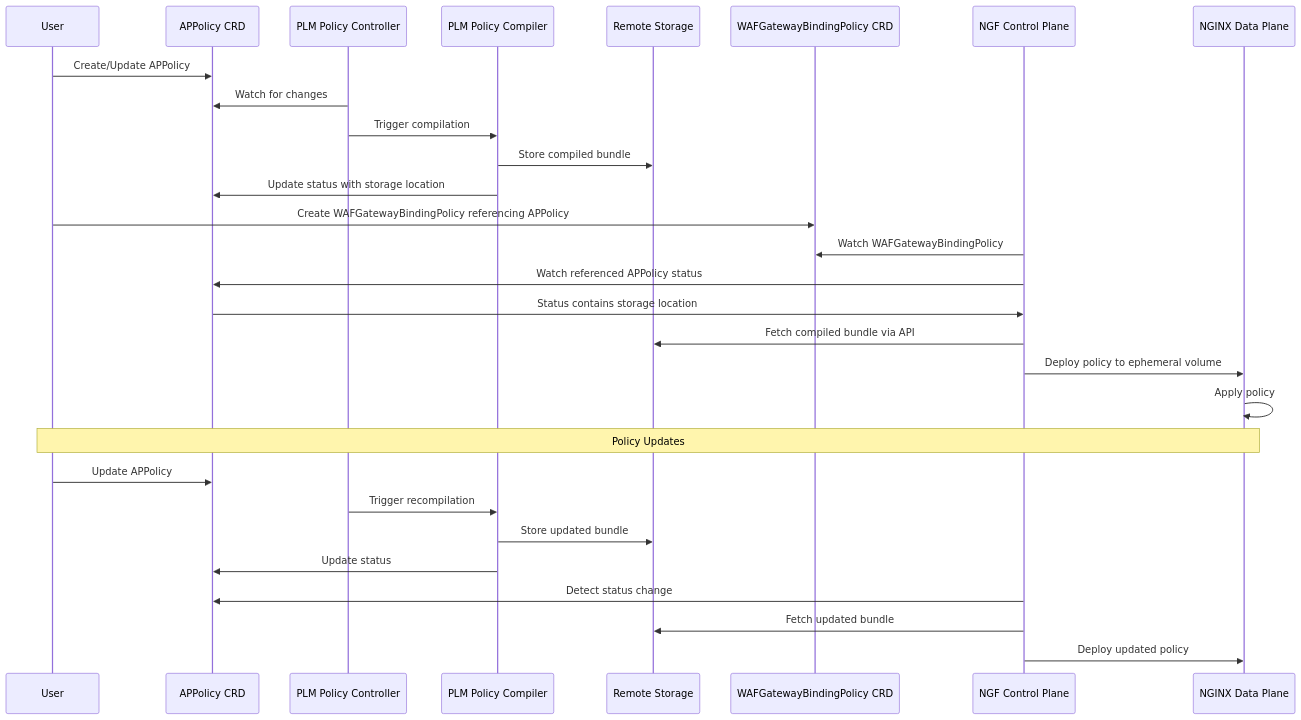
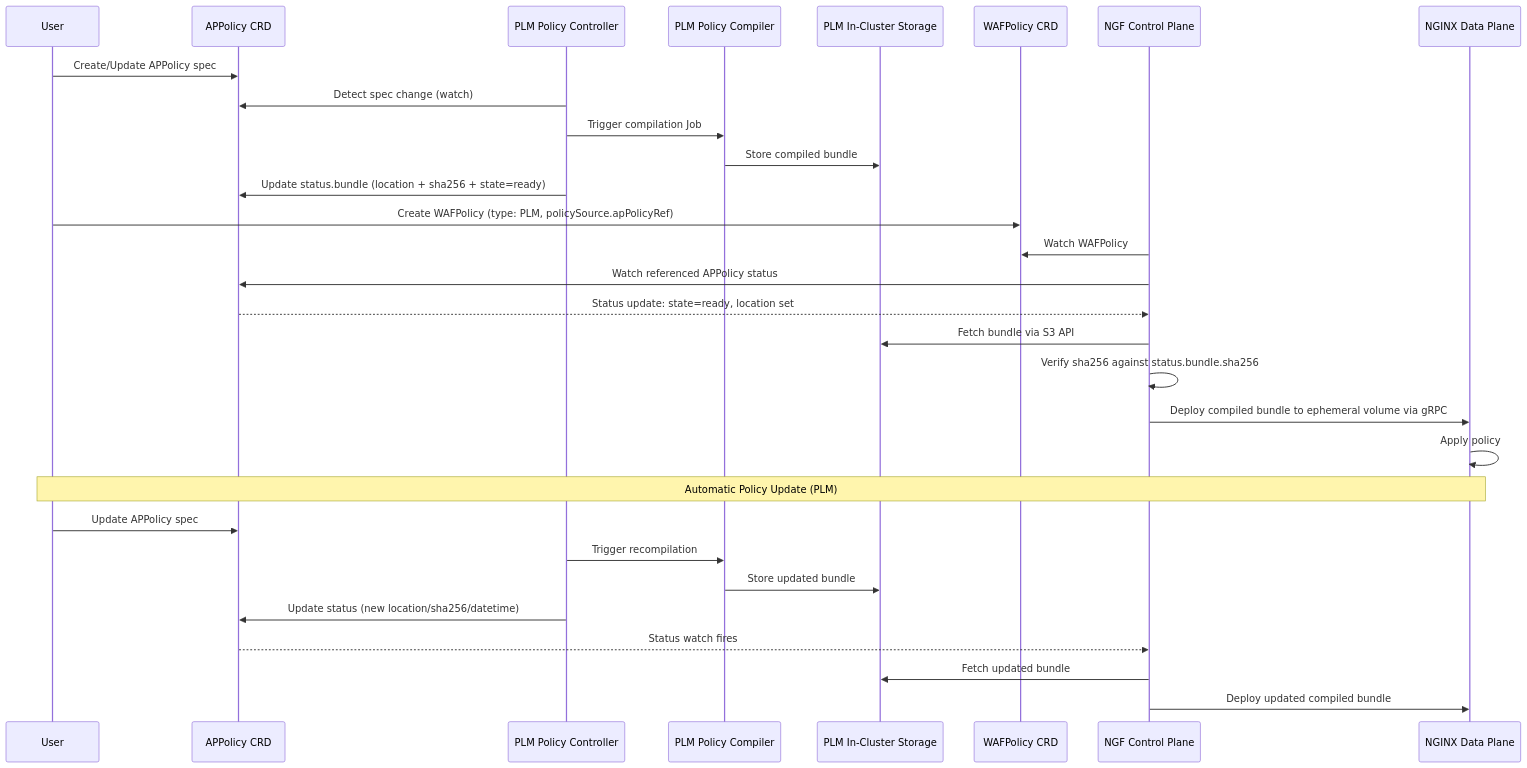
One commit to nginx/nginx-gateway-fabric changed the fourth of 4 diagrams in docs/proposals/nap-waf.md. Above: the diagram before and after it, drawn with Mermaid. The commit also changed other lines of this file and 150 other files, not shown here.

````diff
--- a/docs/proposals/nap-waf.md
+++ b/docs/proposals/nap-waf.md
@@ -235,34 +446,35 @@
 ```mermaid
 sequenceDiagram
     participant User
     participant APPolicy as APPolicy CRD
     participant PLMController as PLM Policy Controller
-    participant Compiler as PLM Policy Compiler
-    participant Storage as Remote Storage
-    participant WAFGatewayBindingPolicy as WAFGatewayBindingPolicy CRD
+    participant PLMCompiler as PLM Policy Compiler
+    participant PLMStorage as PLM In-Cluster Storage
+    participant WAFPolicy as WAFPolicy CRD
     participant NGF as NGF Control Plane
     participant DataPlane as NGINX Data Plane
 
-    User->>APPolicy: Create/Update APPolicy
-    PLMController->>APPolicy: Watch for changes
-    PLMController->>Compiler: Trigger compilation
-    Compiler->>Storage: Store compiled bundle
-    Compiler->>APPolicy: Update status with storage location
+    User->>APPolicy: Create/Update APPolicy spec
+    PLMController->>APPolicy: Detect spec change (watch)
+    PLMController->>PLMCompiler: Trigger compilation Job
+    PLMCompiler->>PLMStorage: Store compiled bundle
+    PLMController->>APPolicy: Update status.bundle (location + sha256 + state=ready)
 
-    User->>WAFGatewayBindingPolicy: Create WAFGatewayBindingPolicy referencing APPolicy
-    NGF->>WAFGatewayBindingPolicy: Watch WAFGatewayBindingPolicy
+    User->>WAFPolicy: Create WAFPolicy (type: PLM, policySource.apPolicyRef)
+    NGF->>WAFPolicy: Watch WAFPolicy
     NGF->>APPolicy: Watch referenced APPolicy status
-    APPolicy->>NGF: Status contains storage location
-    NGF->>Storage: Fetch compiled bundle via API
-    NGF->>DataPlane: Deploy policy to ephemeral volume
+    APPolicy-->>NGF: Status update: state=ready, location set
+    NGF->>PLMStorage: Fetch bundle via S3 API
+    NGF->>NGF: Verify sha256 against status.bundle.sha256
+    NGF->>DataPlane: Deploy compiled bundle to ephemeral volume via gRPC
     DataPlane->>DataPlane: Apply policy
 
-    Note over User,DataPlane: Policy Updates
-    User->>APPolicy: Update APPolicy
-    PLMController->>Compiler: Trigger recompilation
-    Compiler->>Storage: Store updated bundle
-    Compiler->>APPolicy: Update status
-    NGF->>APPolicy: Detect status change
-    NGF->>Storage: Fetch updated bundle
-    NGF->>DataPlane: Deploy updated policy
+    Note over User,DataPlane: Automatic Policy Update (PLM)
+    User->>APPolicy: Update APPolicy spec
+    PLMController->>PLMCompiler: Trigger recompilation
+    PLMCompiler->>PLMStorage: Store updated bundle
+    PLMController->>APPolicy: Update status (new location/sha256/datetime)
+    APPolicy-->>NGF: Status watch fires
+    NGF->>PLMStorage: Fetch updated bundle
+    NGF->>DataPlane: Deploy updated compiled bundle
 ```
````
